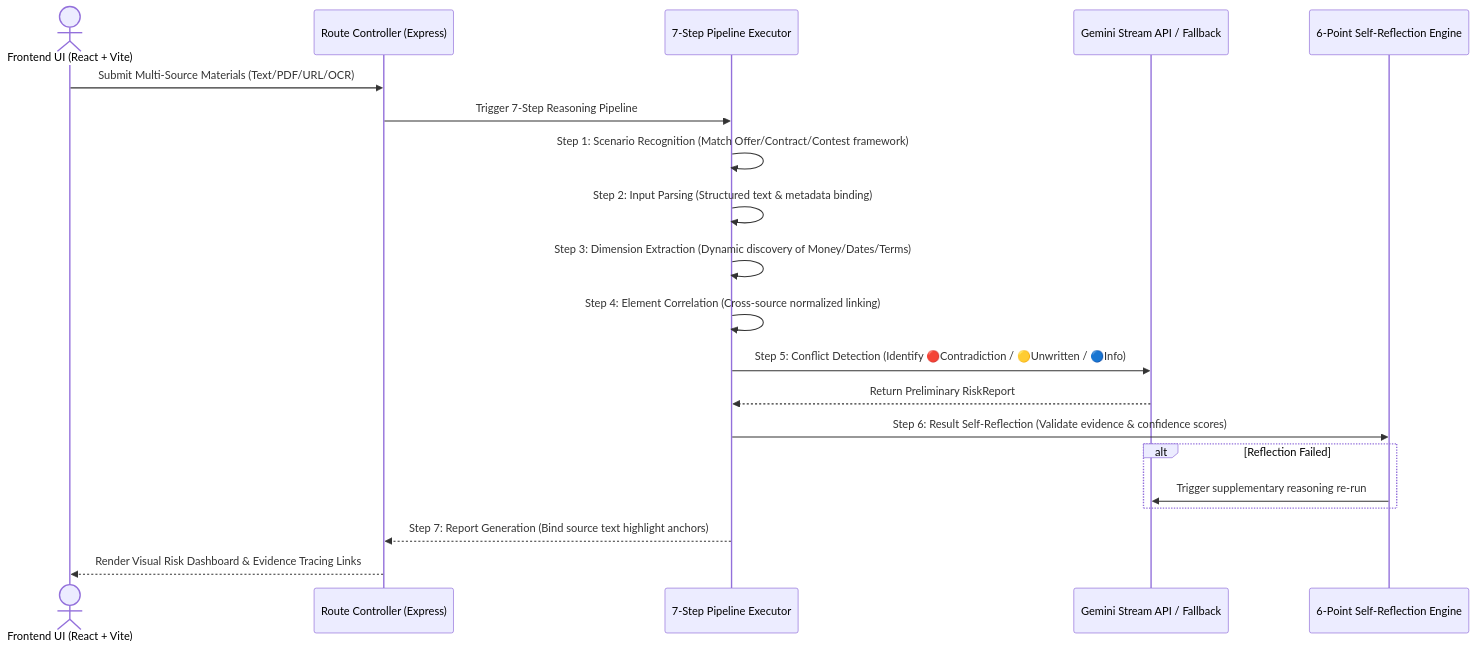
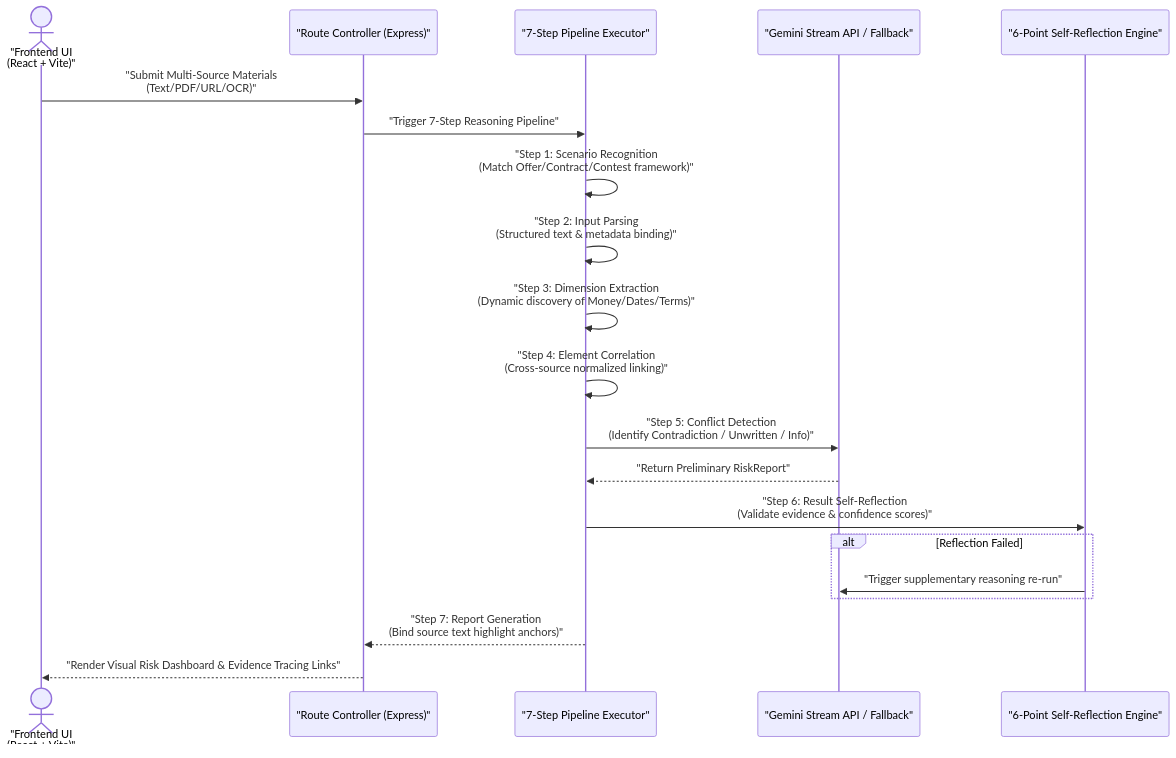
The second of 3 diagrams in README_EN.md (MeiSiristhebest/youju), drawn with Mermaid before and after one commit. The commit also changed other lines of this file and 1 other file, not shown here.

Commit message:
docs(readme): optimize zh + en; fix Mermaid (emoji→text, quotes), badges, add Security & Contributing, expected outputs

````diff
--- a/README_EN.md
+++ b/README_EN.md
@@ -73,23 +73,23 @@
 ```mermaid
 sequenceDiagram
-    actor Client as Frontend UI (React + Vite)
-    participant Server as Route Controller (Express)
-    participant Pipeline as 7-Step Pipeline Executor
-    participant Gemini as Gemini Stream API / Fallback
-    participant Verifier as 6-Point Self-Reflection Engine
+    actor Client as "Frontend UI<br/>(React + Vite)"
+    participant Server as "Route Controller (Express)"
+    participant Pipeline as "7-Step Pipeline Executor"
+    participant Gemini as "Gemini Stream API / Fallback"
+    participant Verifier as "6-Point Self-Reflection Engine"
 
-    Client->>Server: Submit Multi-Source Materials (Text/PDF/URL/OCR)
-    Server->>Pipeline: Trigger 7-Step Reasoning Pipeline
-    Pipeline->>Pipeline: Step 1: Scenario Recognition (Match Offer/Contract/Contest framework)
-    Pipeline->>Pipeline: Step 2: Input Parsing (Structured text & metadata binding)
-    Pipeline->>Pipeline: Step 3: Dimension Extraction (Dynamic discovery of Money/Dates/Terms)
-    Pipeline->>Pipeline: Step 4: Element Correlation (Cross-source normalized linking)
-    Pipeline->>Gemini: Step 5: Conflict Detection (Identify 🔴Contradiction / 🟡Unwritten / 🔵Info)
-    Gemini-->>Pipeline: Return Preliminary RiskReport
-    Pipeline->>Verifier: Step 6: Result Self-Reflection (Validate evidence & confidence scores)
+    Client->>Server: "Submit Multi-Source Materials<br/>(Text/PDF/URL/OCR)"
+    Server->>Pipeline: "Trigger 7-Step Reasoning Pipeline"
+    Pipeline->>Pipeline: "Step 1: Scenario Recognition<br/>(Match Offer/Contract/Contest framework)"
+    Pipeline->>Pipeline: "Step 2: Input Parsing<br/>(Structured text & metadata binding)"
+    Pipeline->>Pipeline: "Step 3: Dimension Extraction<br/>(Dynamic discovery of Money/Dates/Terms)"
+    Pipeline->>Pipeline: "Step 4: Element Correlation<br/>(Cross-source normalized linking)"
+    Pipeline->>Gemini: "Step 5: Conflict Detection<br/>(Identify Contradiction / Unwritten / Info)"
+    Gemini-->>Pipeline: "Return Preliminary RiskReport"
+    Pipeline->>Verifier: "Step 6: Result Self-Reflection<br/>(Validate evidence & confidence scores)"
     alt Reflection Failed
-        Verifier->>Gemini: Trigger supplementary reasoning re-run
+        Verifier->>Gemini: "Trigger supplementary reasoning re-run"
     end
-    Pipeline-->>Server: Step 7: Report Generation (Bind source text highlight anchors)
-    Server-->>Client: Render Visual Risk Dashboard & Evidence Tracing Links
+    Pipeline-->>Server: "Step 7: Report Generation<br/>(Bind source text highlight anchors)"
+    Server-->>Client: "Render Visual Risk Dashboard & Evidence Tracing Links"
 ```
````
